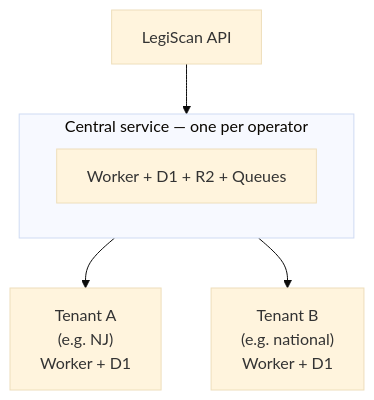
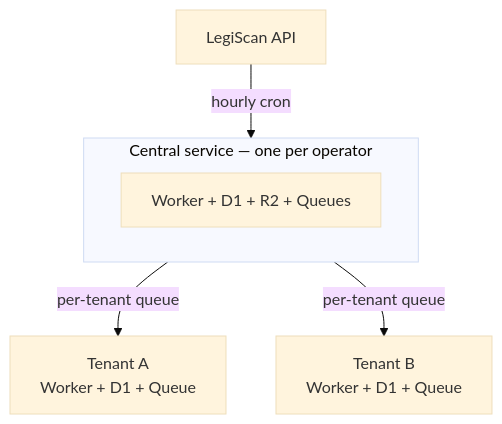
The diagram in docs/content/self-hosting/index.md (floorvote/floorvote), drawn with Mermaid (base theme) before and after one commit. The commit also changed 3 other files, not shown here.

````diff
--- a/docs/content/self-hosting/index.md
+++ b/docs/content/self-hosting/index.md
@@ -55,9 +55,9 @@
 ```mermaid
 flowchart TB
-  API["LegiScan API"] --> C
+  API["LegiScan API"] -->|hourly cron| C
   subgraph C ["Central service — one per operator"]
     CW["Worker + D1 + R2 + Queues"]
   end
-  C --> TA["Tenant A<br/>(e.g. NJ)<br/>Worker + D1"]
-  C --> TB["Tenant B<br/>(e.g. national)<br/>Worker + D1"]
+  C -->|per-tenant queue| TA["Tenant A<br/>Worker + D1 + Queue"]
+  C -->|per-tenant queue| TB["Tenant B<br/>Worker + D1 + Queue"]
 ```
````
